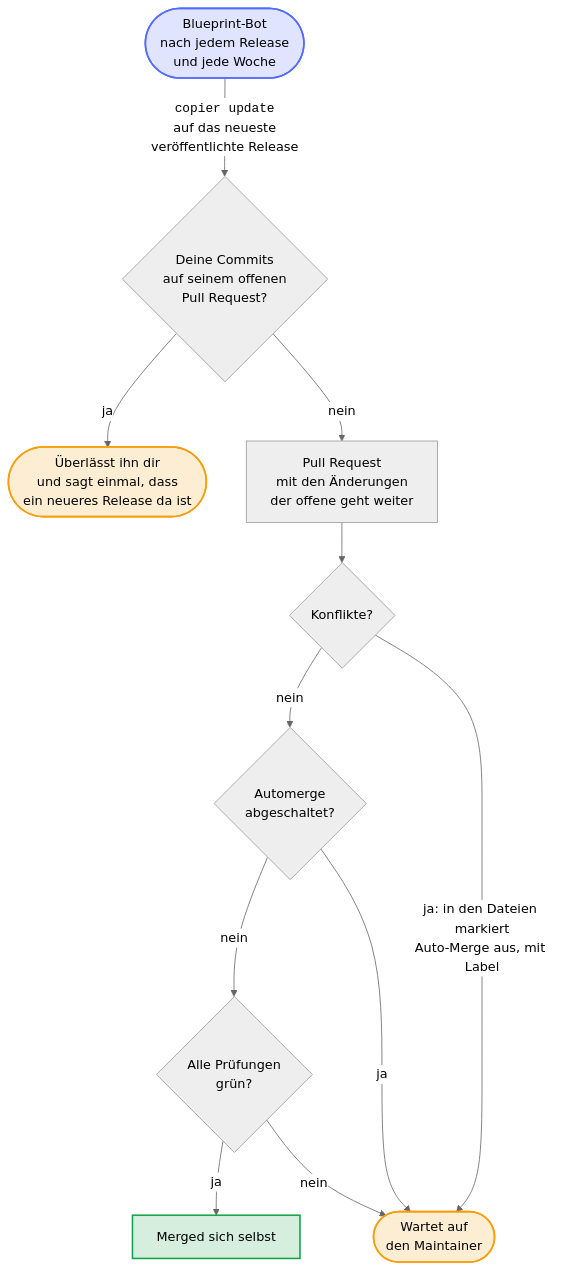
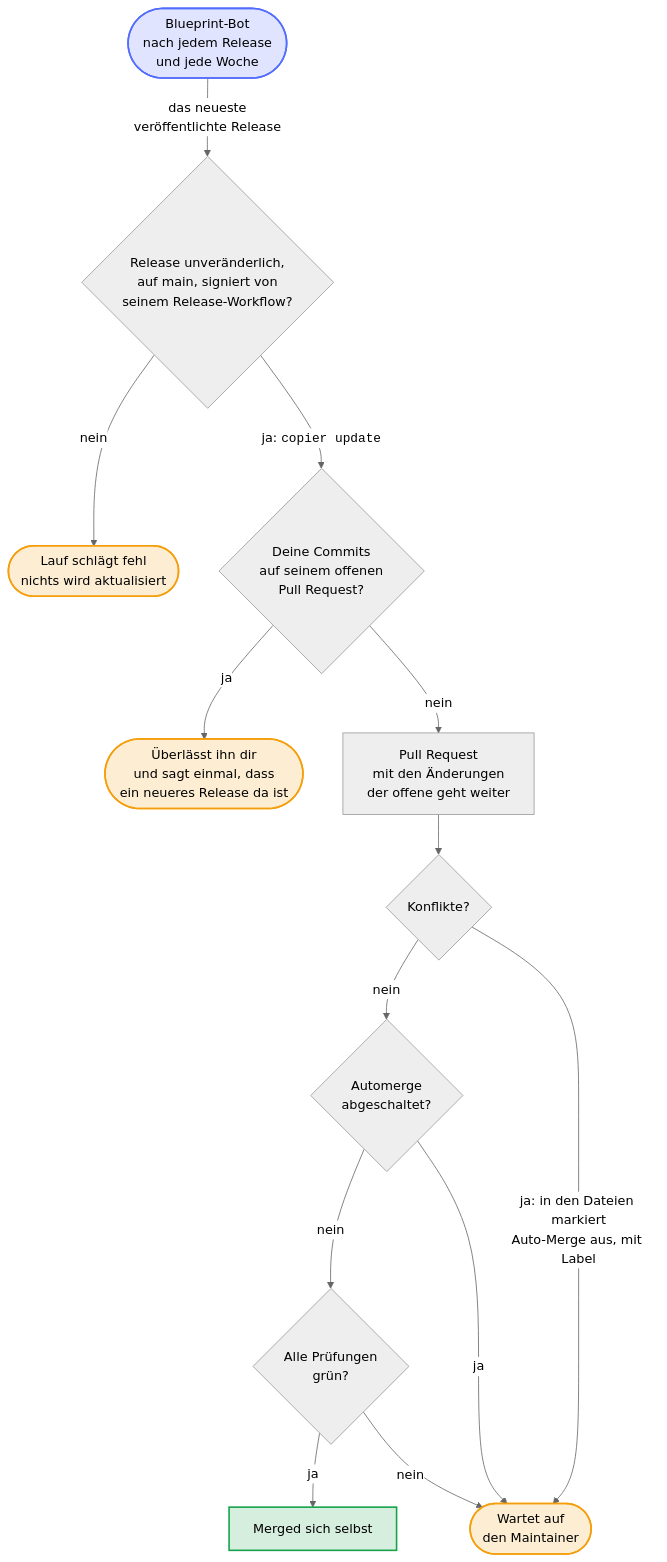
The seventh of 10 diagrams in README.de.md (Dennis-Otto/repo-blueprint), drawn with Mermaid (neutral theme) before and after one commit. The commit also changed other lines of this file and 18 other files, not shown here.

First line of the commit message:
fix(security): verify a blueprint release before updating to it, and let only the release app create release tags

````diff
--- a/README.de.md
+++ b/README.de.md
@@ -360,37 +360,41 @@
 ```mermaid
 ---
 config:
   flowchart:
     wrappingWidth: 400
 ---
 flowchart TB
     accTitle: Wie ein Update des Blueprints ankommt
-    accDescr: Gleich nach jedem Release des Blueprints, und jede Woche, führt der Blueprint-Bot copier update auf das neueste veröffentlichte Release aus. Ist sein Pull Request noch offen und hast du auf seinen Branch committet, überlässt der Bot dir den Branch und sagt einmal, dass ein neueres Release erschienen ist. Sonst öffnet er den Pull Request oder bringt den offenen auf das neue Release. Mit Konflikten, die Auto-Merge abschalten, oder mit BLUEPRINT_AUTOMERGE auf off, wartet er auf den Maintainer; sonst merged er sich selbst, sobald alle Prüfungen grün sind.
+    accDescr: Gleich nach jedem Release des Blueprints, und jede Woche, prüft der Blueprint-Bot zuerst das neueste veröffentlichte Release. Ein Release, das nicht unveränderlich ist, dessen Tag nicht auf dem main-Branch des Blueprints liegt oder das der Release-Workflow des Blueprints nicht signiert hat, lässt den Lauf fehlschlagen, und nichts wird aktualisiert. Sonst führt der Bot copier update auf dieses Release aus. Ist sein Pull Request noch offen und hast du auf seinen Branch committet, überlässt der Bot dir den Branch und sagt einmal, dass ein neueres Release erschienen ist. Sonst öffnet er den Pull Request oder bringt den offenen auf das neue Release. Mit Konflikten, die Auto-Merge abschalten, oder mit BLUEPRINT_AUTOMERGE auf off, wartet er auf den Maintainer; sonst merged er sich selbst, sobald alle Prüfungen grün sind.
 
     bot(["Blueprint-Bot<br>nach jedem Release<br>und jede Woche"])
+    verified{"Release unveränderlich,<br>auf main, signiert von<br>seinem Release-Workflow?"}
+    refused(["Lauf schlägt fehl<br>nichts wird aktualisiert"])
     yours{"Deine Commits<br>auf seinem offenen<br>Pull Request?"}
     note(["Überlässt ihn dir<br>und sagt einmal, dass<br>ein neueres Release da ist"])
     pr["Pull Request<br>mit den Änderungen<br>der offene geht weiter"]
     conflicts{"Konflikte?"}
     off{"Automerge<br>abgeschaltet?"}
     checks{"Alle Prüfungen<br>grün?"}
     merged["Merged sich selbst"]
     wait(["Wartet auf<br>den Maintainer"])
 
-    bot -- "<code>copier update</code><br>auf das neueste<br>veröffentlichte Release" --> yours
+    bot -- "das neueste<br>veröffentlichte Release" --> verified
+    verified -- "nein" --> refused
+    verified -- "ja: <code>copier update</code>" --> yours
     yours -- "ja" --> note
     yours -- "nein" --> pr --> conflicts
     conflicts -- "nein" --> off
     off -- "nein" --> checks
     checks -- "ja" --> merged
     conflicts -- "ja: in den Dateien markiert<br>Auto-Merge aus, mit Label" --> wait
     off -- "ja" --> wait
     checks -- "nein" --> wait
 
     classDef bot fill:#526cfe2e,stroke:#526cfe,stroke-width:2px
     classDef person fill:#f59e0b2e,stroke:#f59e0b,stroke-width:2px
     classDef done fill:#16a34a2e,stroke:#16a34a,stroke-width:2px
     class bot bot
-    class wait,note person
+    class wait,note,refused person
     class merged done
 ```
````
